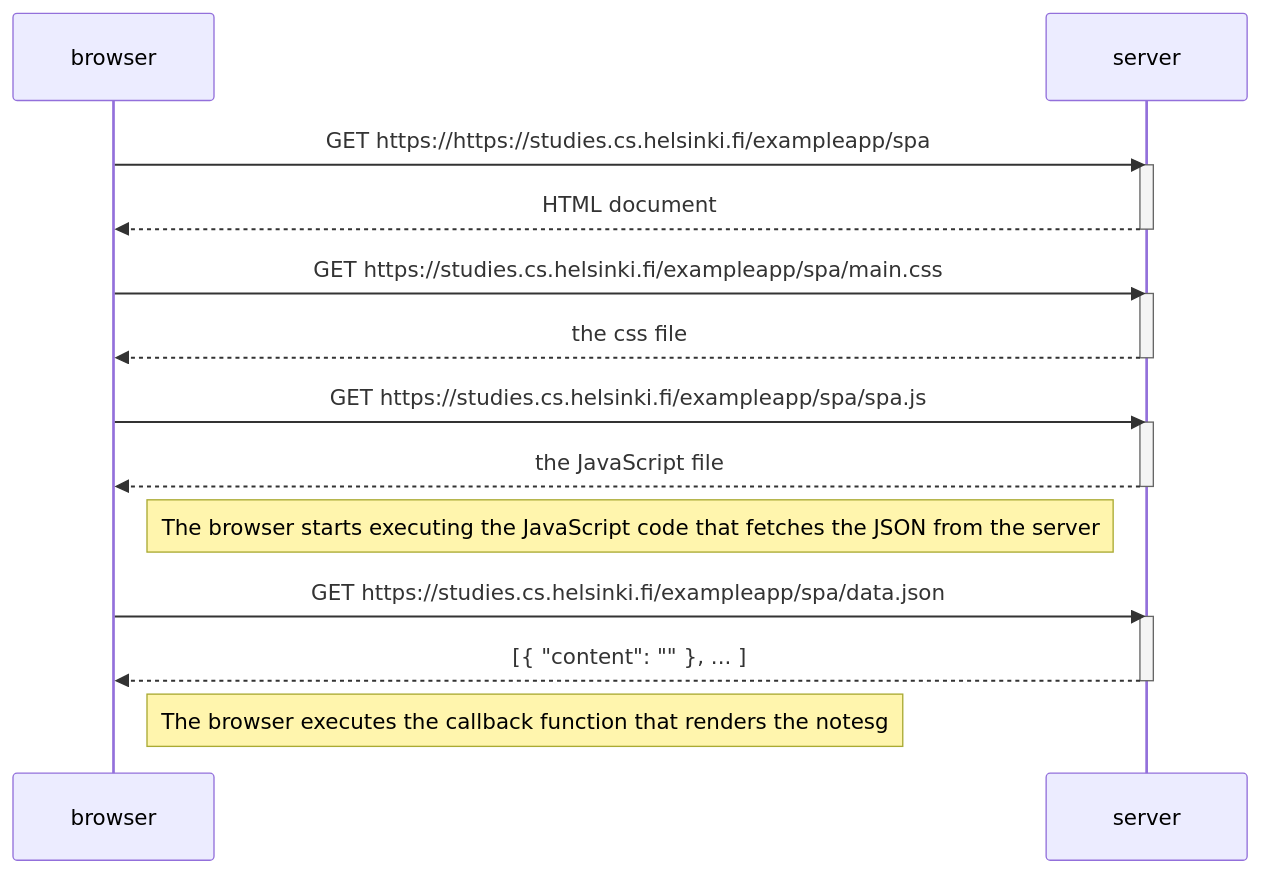
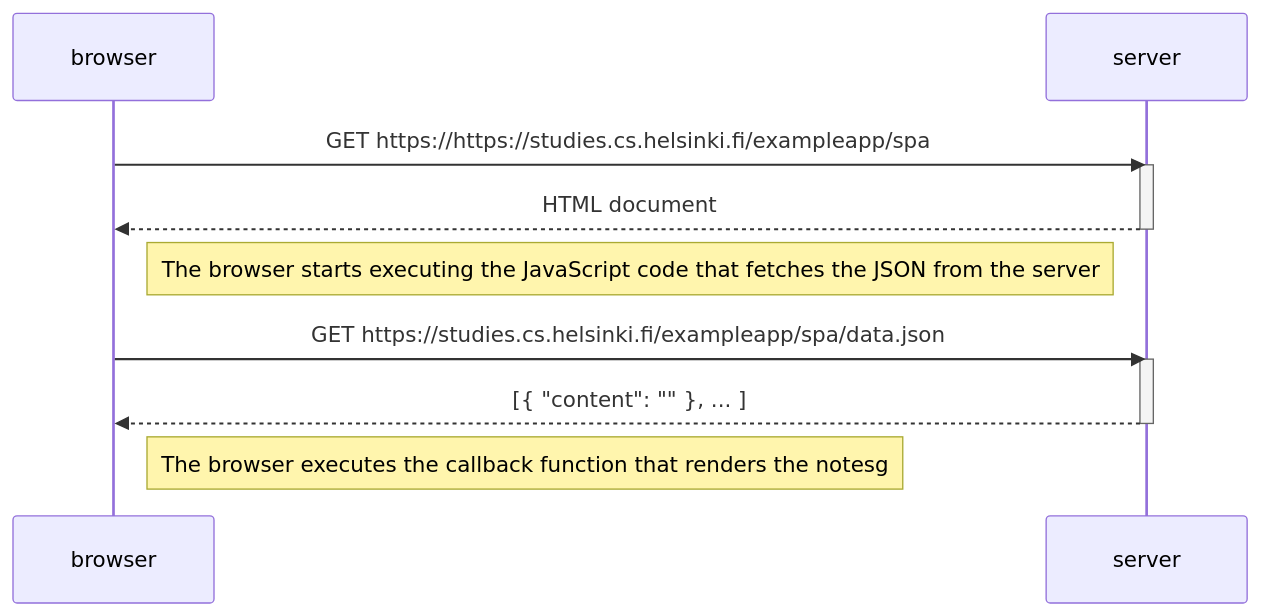
The diagram in 0.5: SingleAppDiagram.md (VienThanh12/FullStackUnivesityOfHelsinki), drawn with Mermaid before and after one commit.

Commit message:
Update 0.5: SingleAppDiagram.md

````diff
--- a/0.5: SingleAppDiagram.md
+++ b/0.5: SingleAppDiagram.md
@@ -1,30 +1,20 @@
 ```mermaid
 sequenceDiagram
     participant browser
     participant server
 
     browser->>server: GET https://https://studies.cs.helsinki.fi/exampleapp/spa
     activate server
     server-->>browser: HTML document
-    deactivate server
-
-    browser->>server: GET https://studies.cs.helsinki.fi/exampleapp/spa/main.css
-    activate server
-    server-->>browser: the css file
-    deactivate server
-
-    browser->>server: GET https://studies.cs.helsinki.fi/exampleapp/spa/spa.js
-    activate server
-    server-->>browser: the JavaScript file
     deactivate server
 
     Note right of browser: The browser starts executing the JavaScript code that fetches the JSON from the server
 
     browser->>server: GET https://studies.cs.helsinki.fi/exampleapp/spa/data.json
     activate server
     server-->>browser: [{ "content": "" }, ... ]
     deactivate server
 
     Note right of browser: The browser executes the callback function that renders the notesg
     activate server
 ```
````
